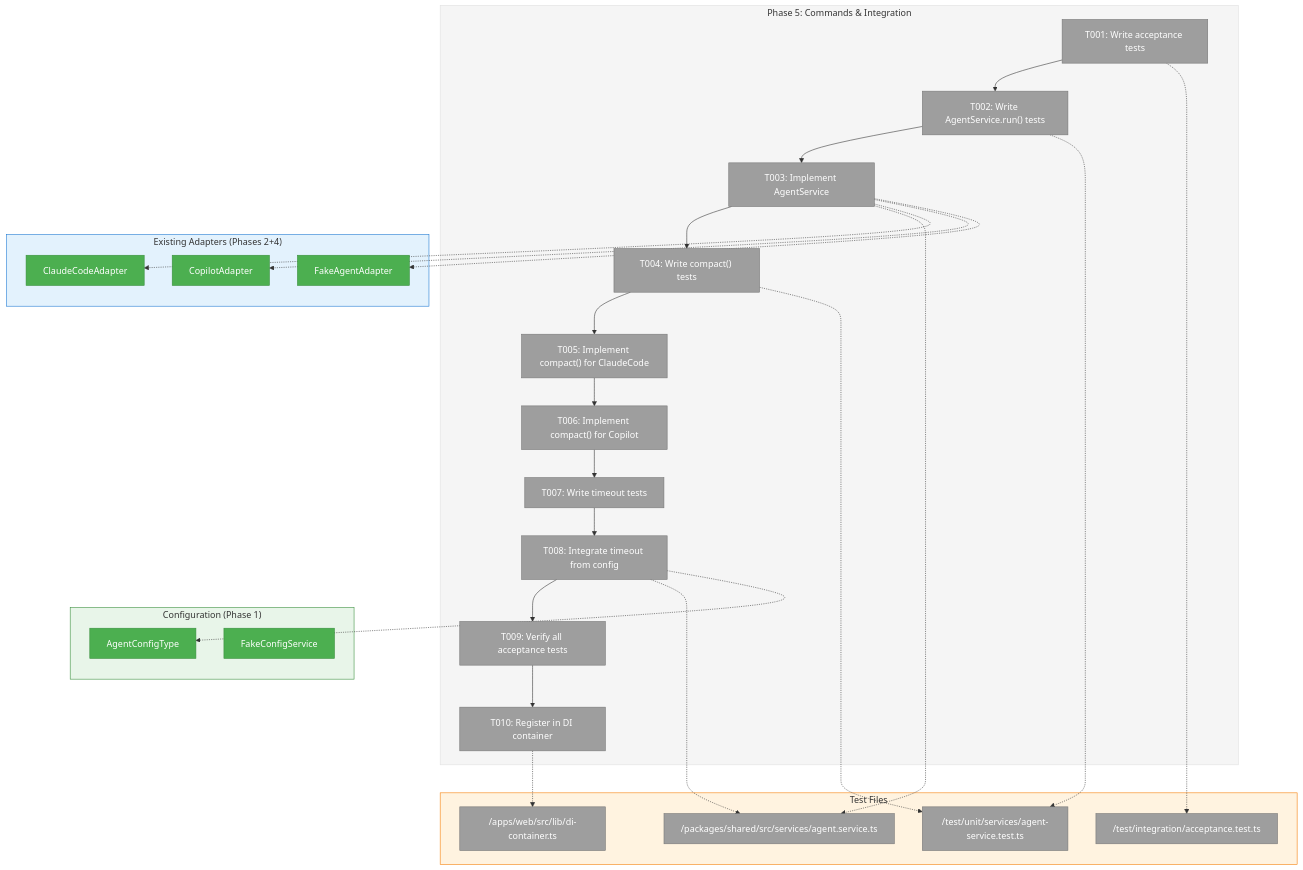
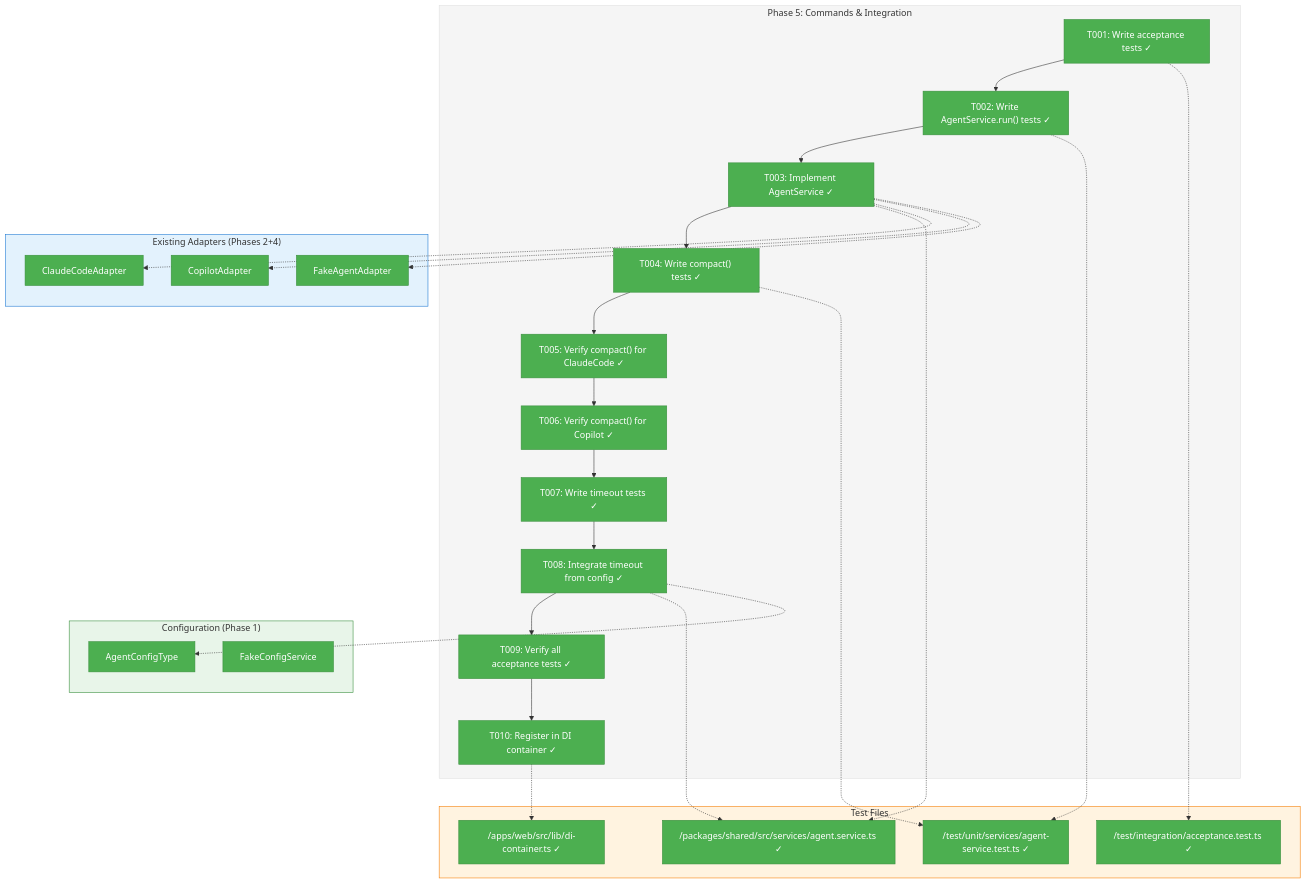
One commit to AI-Substrate/chainglass changed the first of 3 diagrams in docs/plans/002-agent-control/tasks/phase-5-commands-integration/tasks.md. Above: the diagram before and after it, drawn with Mermaid. The commit also changed other lines of this file and 10 other files, not shown here.

First line of the commit message:
feat(agent-control): Phase 5 - AgentService with fixes for code review issues

````diff
--- a/docs/plans/002-agent-control/tasks/phase-5-commands-integration/tasks.md
+++ b/docs/plans/002-agent-control/tasks/phase-5-commands-integration/tasks.md
@@ -83,65 +83,65 @@
 ```mermaid
 flowchart TD
     classDef pending fill:#9E9E9E,stroke:#757575,color:#fff
     classDef inprogress fill:#FF9800,stroke:#F57C00,color:#fff
     classDef completed fill:#4CAF50,stroke:#388E3C,color:#fff
     classDef blocked fill:#F44336,stroke:#D32F2F,color:#fff
 
     style Phase fill:#F5F5F5,stroke:#E0E0E0
     style Adapters fill:#E3F2FD,stroke:#1976D2
     style Config fill:#E8F5E9,stroke:#388E3C
     style Tests fill:#FFF3E0,stroke:#F57C00
 
     subgraph Phase["Phase 5: Commands & Integration"]
-        T001["T001: Write acceptance tests"]:::pending
-        T002["T002: Write AgentService.run() tests"]:::pending
-        T003["T003: Implement AgentService"]:::pending
-        T004["T004: Write compact() tests"]:::pending
-        T005["T005: Implement compact() for ClaudeCode"]:::pending
-        T006["T006: Implement compact() for Copilot"]:::pending
-        T007["T007: Write timeout tests"]:::pending
-        T008["T008: Integrate timeout from config"]:::pending
-        T009["T009: Verify all acceptance tests"]:::pending
-        T010["T010: Register in DI container"]:::pending
+        T001["T001: Write acceptance tests ✓"]:::completed
+        T002["T002: Write AgentService.run() tests ✓"]:::completed
+        T003["T003: Implement AgentService ✓"]:::completed
+        T004["T004: Write compact() tests ✓"]:::completed
+        T005["T005: Verify compact() for ClaudeCode ✓"]:::completed
+        T006["T006: Verify compact() for Copilot ✓"]:::completed
+        T007["T007: Write timeout tests ✓"]:::completed
+        T008["T008: Integrate timeout from config ✓"]:::completed
+        T009["T009: Verify all acceptance tests ✓"]:::completed
+        T010["T010: Register in DI container ✓"]:::completed
 
         T001 --> T002
         T002 --> T003
         T003 --> T004
         T004 --> T005
         T005 --> T006
         T006 --> T007
         T007 --> T008
         T008 --> T009
         T009 --> T010
     end
 
     subgraph Adapters["Existing Adapters (Phases 2+4)"]
         A1["ClaudeCodeAdapter"]:::completed
         A2["CopilotAdapter"]:::completed
         A3["FakeAgentAdapter"]:::completed
     end
 
     subgraph Config["Configuration (Phase 1)"]
         C1["AgentConfigType"]:::completed
         C2["FakeConfigService"]:::completed
     end
 
     subgraph Tests["Test Files"]
-        F1["/test/integration/acceptance.test.ts"]:::pending
-        F2["/test/unit/services/agent-service.test.ts"]:::pending
-        F3["/packages/shared/src/services/agent.service.ts"]:::pending
-        F4["/apps/web/src/lib/di-container.ts"]:::pending
+        F1["/test/integration/acceptance.test.ts ✓"]:::completed
+        F2["/test/unit/services/agent-service.test.ts ✓"]:::completed
+        F3["/packages/shared/src/services/agent.service.ts ✓"]:::completed
+        F4["/apps/web/src/lib/di-container.ts ✓"]:::completed
     end
 
     T001 -.-> F1
     T002 -.-> F2
     T003 -.-> F3
     T004 -.-> F2
     T008 -.-> F3
     T010 -.-> F4
 
     T003 -.-> A1
     T003 -.-> A2
     T003 -.-> A3
     T008 -.-> C1
 ```
````
